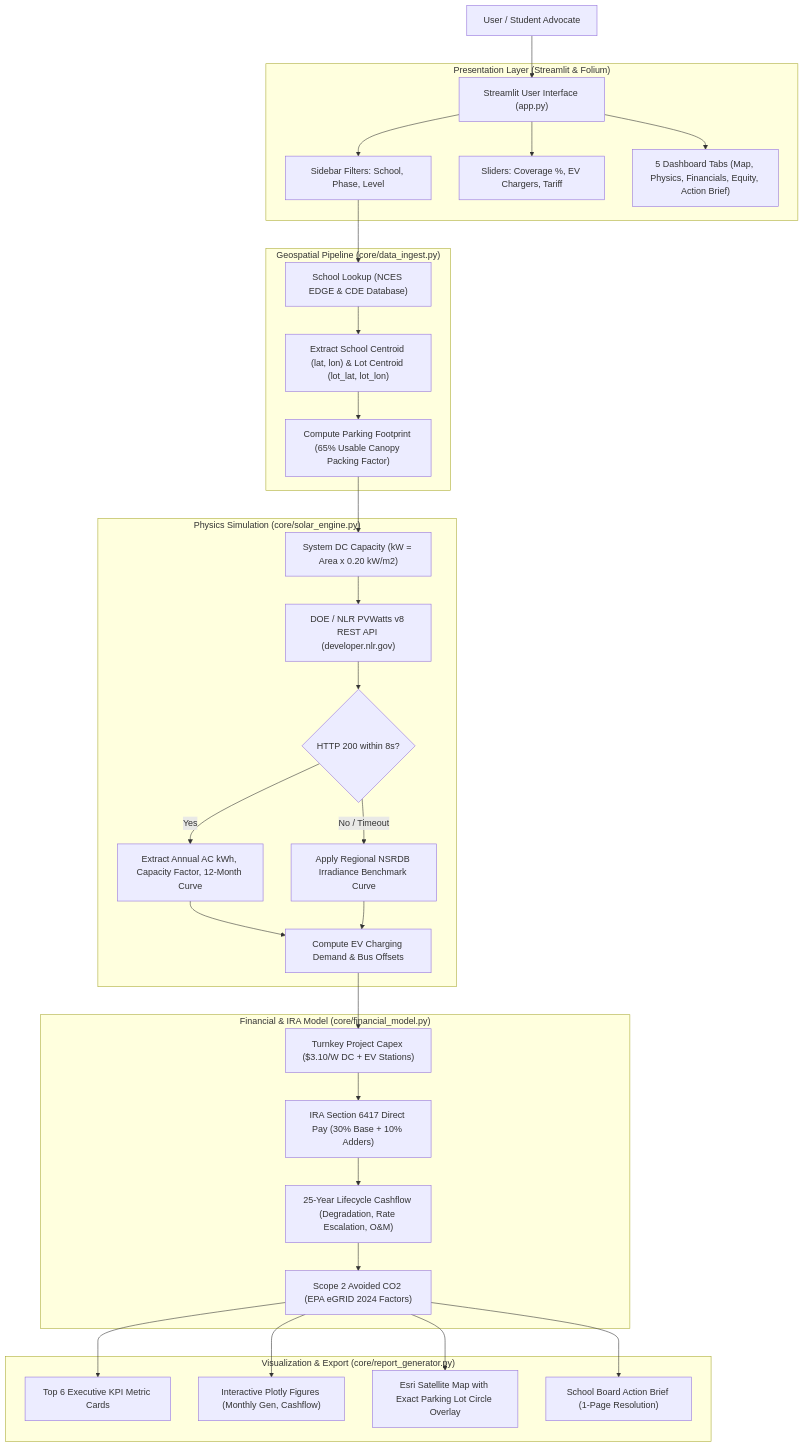
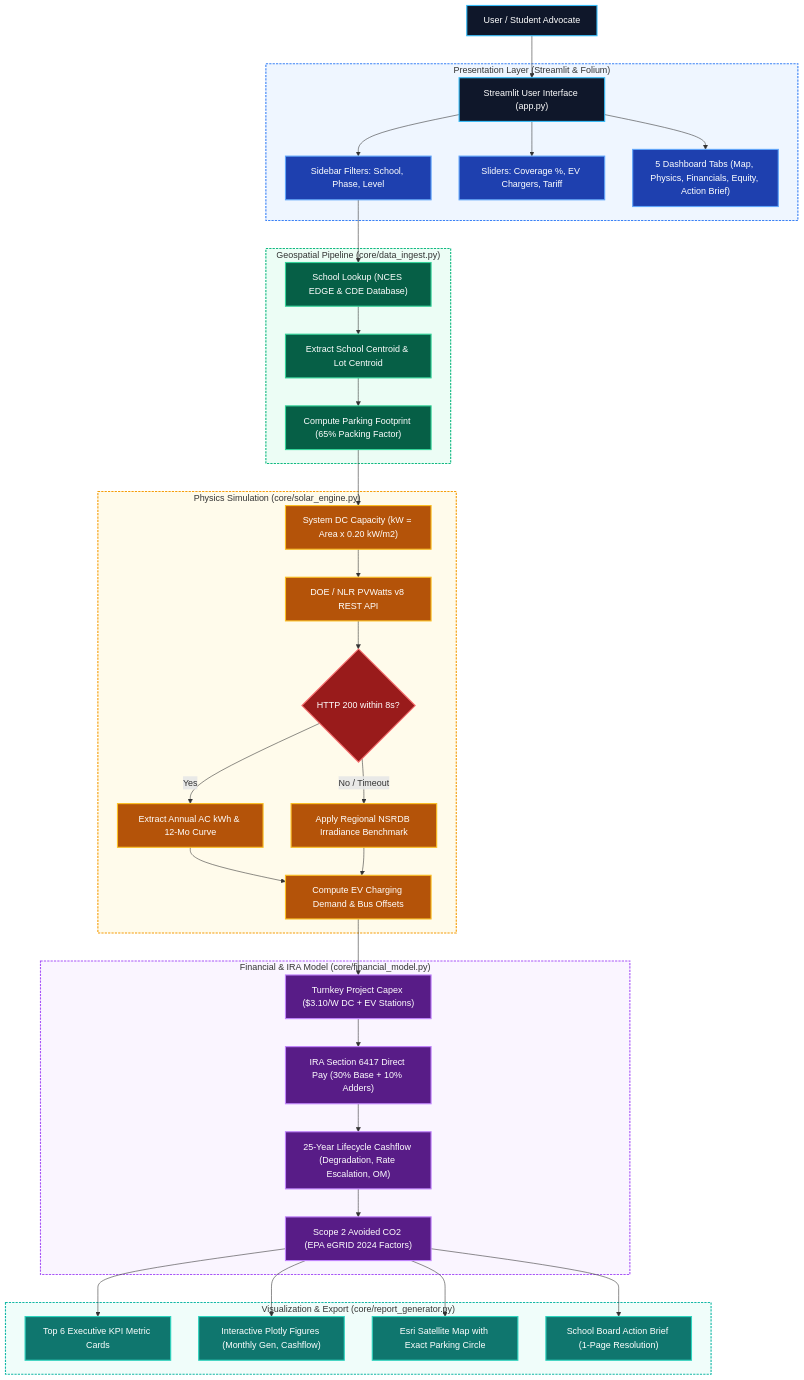
One commit to pranav-balaji/svyca2026 changed the first of 3 diagrams in DetailedDesignDocument.md. Above: the diagram before and after it, drawn with Mermaid. The commit also changed other lines of this file and 5 other files, not shown here.

Commit message:
Add colorful styles to Mermaid diagrams and generate DetailedDesignDocument.docx

````diff
--- a/DetailedDesignDocument.md
+++ b/DetailedDesignDocument.md
@@ -37,40 +37,54 @@
 ```mermaid
 flowchart TD
-    User["User / Student Advocate"] --> UI["Streamlit User Interface (app.py)"]
+    classDef userNode fill:#0f172a,stroke:#38bdf8,stroke-width:2px,color:#ffffff;
+    classDef presNode fill:#1e40af,stroke:#60a5fa,stroke-width:2px,color:#ffffff;
+    classDef geoNode fill:#065f46,stroke:#34d399,stroke-width:2px,color:#ffffff;
+    classDef physNode fill:#b45309,stroke:#fbbf24,stroke-width:2px,color:#ffffff;
+    classDef finNode fill:#581c87,stroke:#c084fc,stroke-width:2px,color:#ffffff;
+    classDef outNode fill:#0f766e,stroke:#2dd4bf,stroke-width:2px,color:#ffffff;
+    classDef decision fill:#991b1b,stroke:#f87171,stroke-width:2px,color:#ffffff;
+
+    User["User / Student Advocate"]:::userNode --> UI["Streamlit User Interface (app.py)"]:::userNode
     
     subgraph Presentation ["Presentation Layer (Streamlit & Folium)"]
-        UI --> FilterSelector["Sidebar Filters: School, Phase, Level"]
-        UI --> ParameterSliders["Sliders: Coverage %, EV Chargers, Tariff"]
-        UI --> Tabs["5 Dashboard Tabs (Map, Physics, Financials, Equity, Action Brief)"]
+        UI --> FilterSelector["Sidebar Filters: School, Phase, Level"]:::presNode
+        UI --> ParameterSliders["Sliders: Coverage %, EV Chargers, Tariff"]:::presNode
+        UI --> Tabs["5 Dashboard Tabs (Map, Physics, Financials, Equity, Action Brief)"]:::presNode
     end
 
     subgraph Geospatial ["Geospatial Pipeline (core/data_ingest.py)"]
-        FilterSelector --> DirectoryLookup["School Lookup (NCES EDGE & CDE Database)"]
-        DirectoryLookup --> GPSCoord["Extract School Centroid (lat, lon) & Lot Centroid (lot_lat, lot_lon)"]
-        GPSCoord --> FootprintCalc["Compute Parking Footprint (65% Usable Canopy Packing Factor)"]
+        FilterSelector --> DirectoryLookup["School Lookup (NCES EDGE & CDE Database)"]:::geoNode
+        DirectoryLookup --> GPSCoord["Extract School Centroid & Lot Centroid"]:::geoNode
+        GPSCoord --> FootprintCalc["Compute Parking Footprint (65% Packing Factor)"]:::geoNode
     end
 
     subgraph PhysicsEngine ["Physics Simulation (core/solar_engine.py)"]
-        FootprintCalc --> CapacityCalc["System DC Capacity (kW = Area x 0.20 kW/m2)"]
-        CapacityCalc --> NLRAPI["DOE / NLR PVWatts v8 REST API (developer.nlr.gov)"]
-        NLRAPI --> ResponseCheck{"HTTP 200 within 8s?"}
-        ResponseCheck -- "Yes" --> ParseJSON["Extract Annual AC kWh, Capacity Factor, 12-Month Curve"]
-        ResponseCheck -- "No / Timeout" --> NSRDBFallback["Apply Regional NSRDB Irradiance Benchmark Curve"]
-        ParseJSON --> EVSynergy["Compute EV Charging Demand & Bus Offsets"]
+        FootprintCalc --> CapacityCalc["System DC Capacity (kW = Area x 0.20 kW/m2)"]:::physNode
+        CapacityCalc --> NLRAPI["DOE / NLR PVWatts v8 REST API"]:::physNode
+        NLRAPI --> ResponseCheck{"HTTP 200 within 8s?"}:::decision
+        ResponseCheck -- "Yes" --> ParseJSON["Extract Annual AC kWh & 12-Mo Curve"]:::physNode
+        ResponseCheck -- "No / Timeout" --> NSRDBFallback["Apply Regional NSRDB Irradiance Benchmark"]:::physNode
+        ParseJSON --> EVSynergy["Compute EV Charging Demand & Bus Offsets"]:::physNode
         NSRDBFallback --> EVSynergy
     end
 
     subgraph FinancialEngine ["Financial & IRA Model (core/financial_model.py)"]
-        EVSynergy --> TurnkeyCapex["Turnkey Project Capex ($3.10/W DC + EV Stations)"]
-        TurnkeyCapex --> IRADirectPay["IRA Section 6417 Direct Pay (30% Base + 10% Adders)"]
-        IRADirectPay --> Cashflow25Yr["25-Year Lifecycle Cashflow (Degradation, Rate Escalation, O&M)"]
-        Cashflow25Yr --> CarbonAvoidance["Scope 2 Avoided CO2 (EPA eGRID 2024 Factors)"]
+        EVSynergy --> TurnkeyCapex["Turnkey Project Capex ($3.10/W DC + EV Stations)"]:::finNode
+        TurnkeyCapex --> IRADirectPay["IRA Section 6417 Direct Pay (30% Base + 10% Adders)"]:::finNode
+        IRADirectPay --> Cashflow25Yr["25-Year Lifecycle Cashflow (Degradation, Rate Escalation, OM)"]:::finNode
+        Cashflow25Yr --> CarbonAvoidance["Scope 2 Avoided CO2 (EPA eGRID 2024 Factors)"]:::finNode
     end
 
     subgraph OutputLayer ["Visualization & Export (core/report_generator.py)"]
-        CarbonAvoidance --> KPICards["Top 6 Executive KPI Metric Cards"]
-        CarbonAvoidance --> PlotlyCharts["Interactive Plotly Figures (Monthly Gen, Cashflow)"]
-        CarbonAvoidance --> LeafletMap["Esri Satellite Map with Exact Parking Lot Circle Overlay"]
-        CarbonAvoidance --> ActionBrief["School Board Action Brief (1-Page Resolution)"]
+        CarbonAvoidance --> KPICards["Top 6 Executive KPI Metric Cards"]:::outNode
+        CarbonAvoidance --> PlotlyCharts["Interactive Plotly Figures (Monthly Gen, Cashflow)"]:::outNode
+        CarbonAvoidance --> LeafletMap["Esri Satellite Map with Exact Parking Circle"]:::outNode
+        CarbonAvoidance --> ActionBrief["School Board Action Brief (1-Page Resolution)"]:::outNode
     end
+
+    style Presentation fill:#eff6ff,stroke:#3b82f6,stroke-width:2px,stroke-dasharray: 4 2
+    style Geospatial fill:#ecfdf5,stroke:#10b981,stroke-width:2px,stroke-dasharray: 4 2
+    style PhysicsEngine fill:#fffbeb,stroke:#f59e0b,stroke-width:2px,stroke-dasharray: 4 2
+    style FinancialEngine fill:#faf5ff,stroke:#a855f7,stroke-width:2px,stroke-dasharray: 4 2
+    style OutputLayer fill:#f0fdfa,stroke:#14b8a6,stroke-width:2px,stroke-dasharray: 4 2
 ```
````
